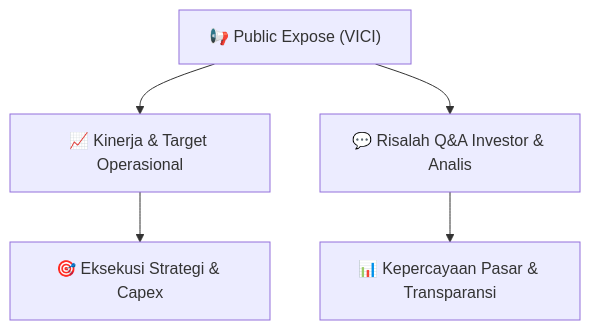
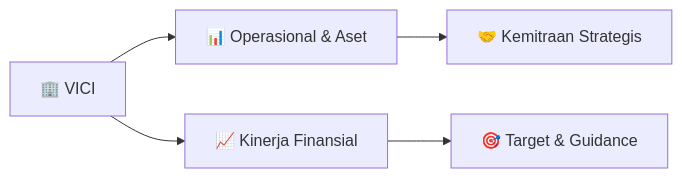
The diagram in Finplan_analyst/knowledge-base/public-exposes/informasi-pubex/VICI_Public_Expose_20260917.md (anYoneo/alphadigest-idx), drawn with Mermaid before and after one commit. The commit also changed other lines of this file and 526 other files, not shown here.

````diff
--- a/Finplan_analyst/knowledge-base/public-exposes/informasi-pubex/VICI_Public_Expose_20260917.md
+++ b/Finplan_analyst/knowledge-base/public-exposes/informasi-pubex/VICI_Public_Expose_20260917.md
@@ -15,7 +85,7 @@
 ```mermaid
-flowchart TD
-    A["📢 Public Expose (VICI)"] --> B["📈 Kinerja & Target Operasional"]
-    A --> C["💬 Risalah Q&A Investor & Analis"]
-    B --> D["🎯 Eksekusi Strategi & Capex"]
-    C --> E["📊 Kepercayaan Pasar & Transparansi"]
+flowchart LR
+    A["🏢 VICI"] --> B["📊 Operasional & Aset"]
+    A --> C["📈 Kinerja Finansial"]
+    B --> D["🤝 Kemitraan Strategis"]
+    C --> E["🎯 Target & Guidance"]
 ```
````
